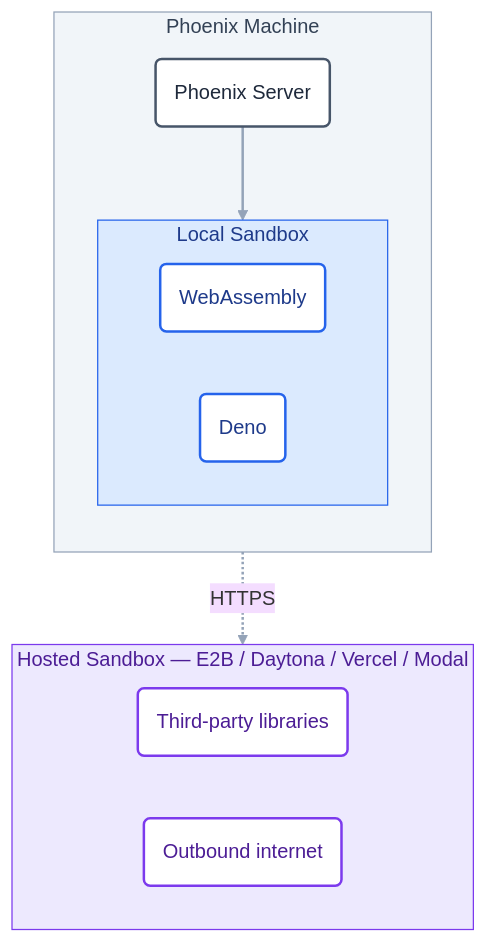
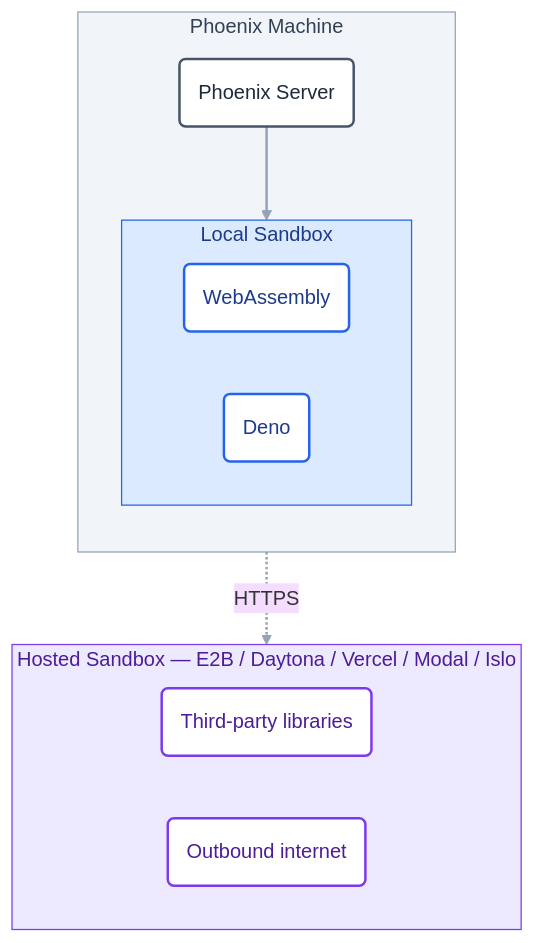
The diagram in docs/phoenix/settings/sandboxes.mdx (Arize-ai/phoenix), drawn with Mermaid before and after one commit. The commit also changed other lines of this file and 32 other files, not shown here.

First line of the commit message:
feat(sandboxes): add Islo sandbox backend

````diff
--- a/docs/phoenix/settings/sandboxes.mdx
+++ b/docs/phoenix/settings/sandboxes.mdx
@@ -27,36 +27,36 @@
 ```mermaid
 %%{init: {'theme': 'base'}}%%
 flowchart TB
     subgraph phoenixHost ["Phoenix Machine"]
         direction TB
         Server("Phoenix Server")
         subgraph localBox ["Local Sandbox"]
             direction LR
             WASM("WebAssembly")
             Deno("Deno")
         end
         Server --> localBox
     end
 
-    subgraph provider ["Hosted Sandbox — E2B / Daytona / Vercel / Modal"]
+    subgraph provider ["Hosted Sandbox — E2B / Daytona / Vercel / Modal / Islo"]
         direction LR
         Libs("Third-party libraries")
         Net("Outbound internet")
     end
 
     Server -. "HTTPS" .-> provider
 
     classDef host fill:#FFFFFF,stroke:#475569,stroke-width:2px,color:#1E293B
     classDef localNode fill:#FFFFFF,stroke:#2563EB,stroke-width:2px,color:#1E3A8A
     classDef hostedNode fill:#FFFFFF,stroke:#7C3AED,stroke-width:2px,color:#4C1D95
 
     class Server host
     class WASM,Deno localNode
     class Libs,Net hostedNode
 
     style phoenixHost fill:#F1F5F9,stroke:#94A3B8,stroke-width:1px,color:#334155
     style localBox fill:#DBEAFE,stroke:#2563EB,stroke-width:1px,color:#1E3A8A
     style provider fill:#EDE9FE,stroke:#7C3AED,stroke-width:1px,color:#4C1D95
 
     linkStyle default stroke:#94A3B8,stroke-width:2px
 ```
````
